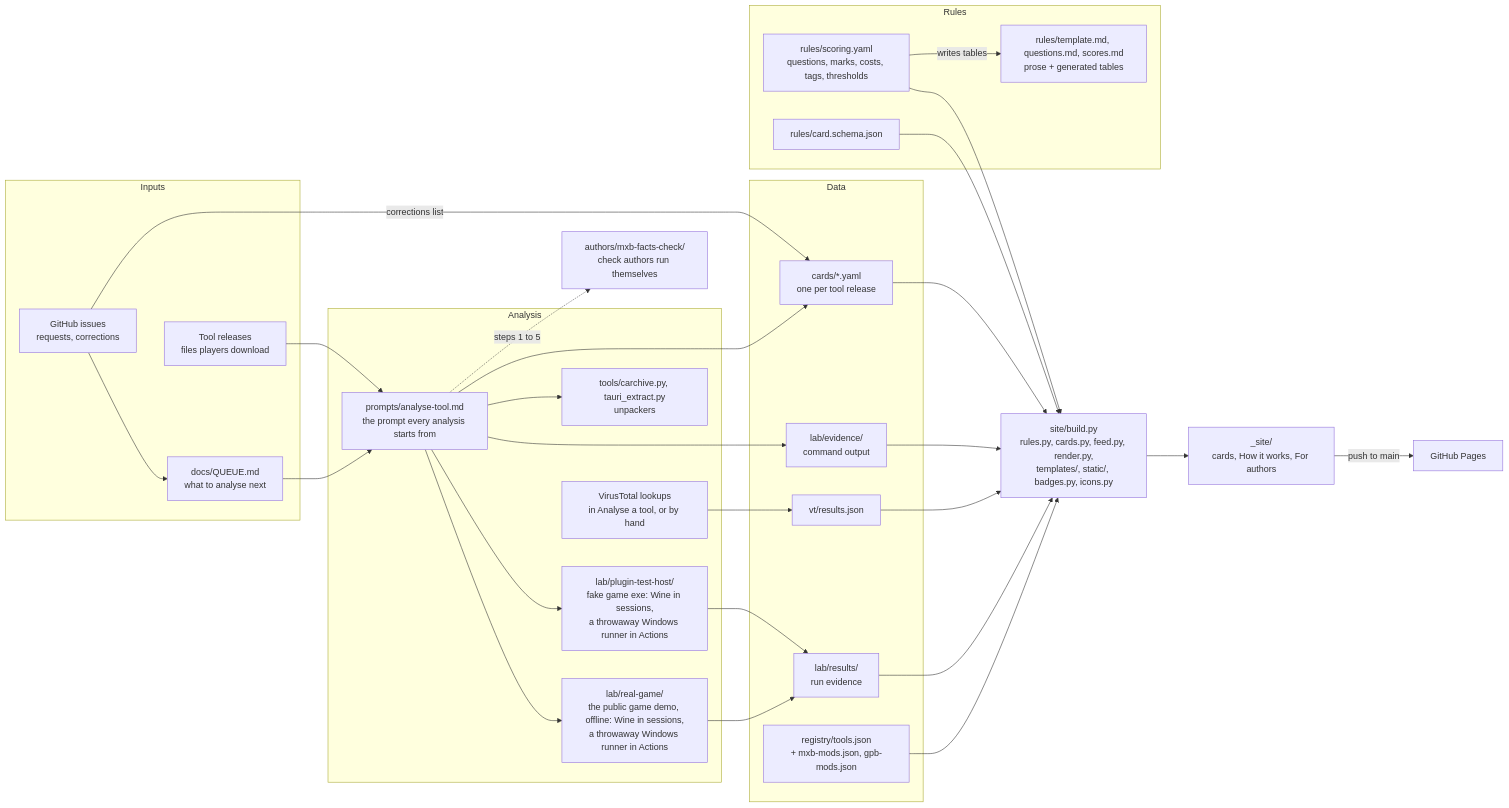
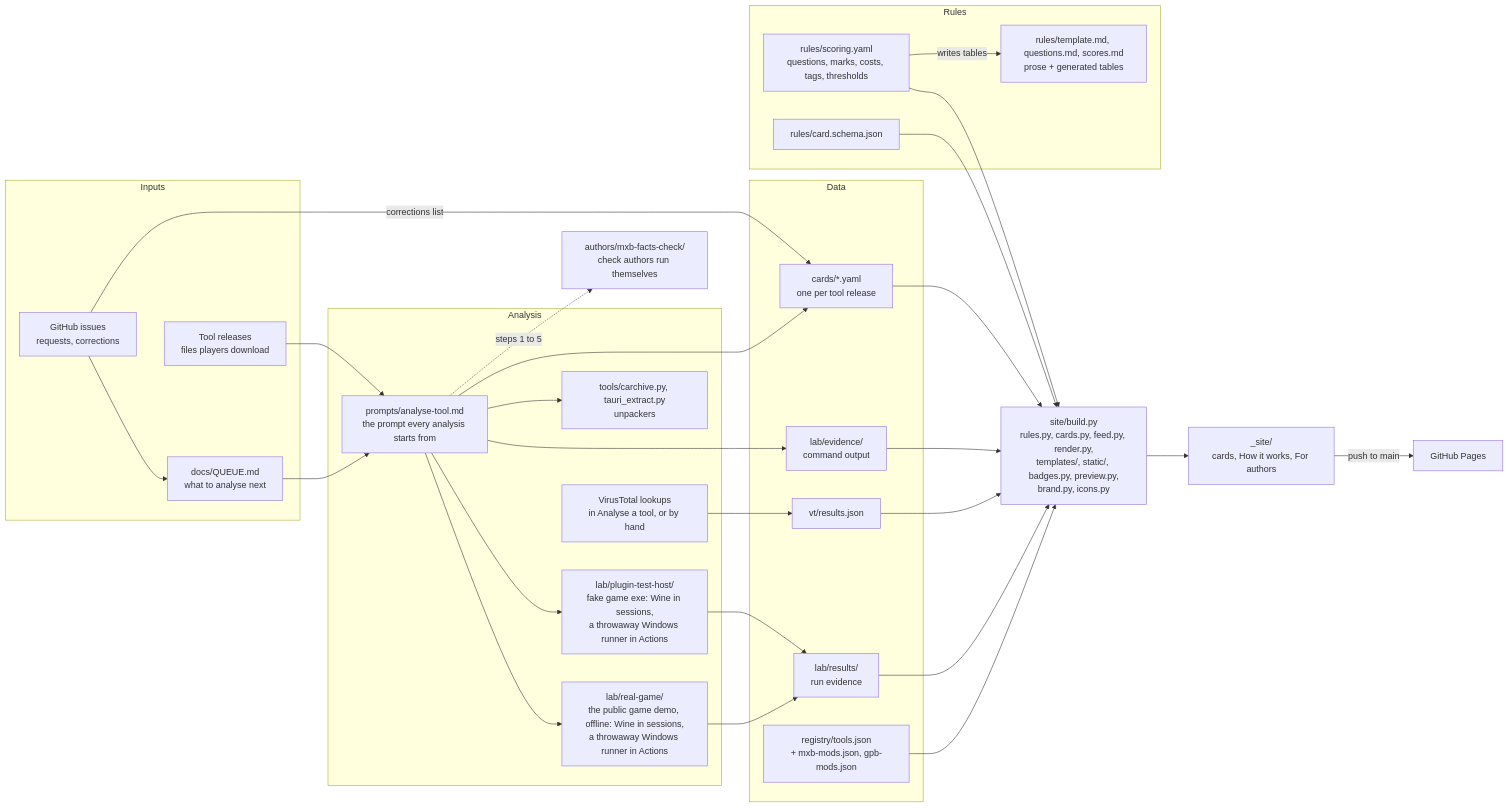
Before and after one commit to thomas4f/mxb-facts: the diagram in docs/DEVELOPING.md, drawn with Mermaid. The commit also changed other lines of this file and 13 other files, not shown here.

````diff
--- a/docs/DEVELOPING.md
+++ b/docs/DEVELOPING.md
@@ -7,55 +7,55 @@
 ```mermaid
 flowchart LR
   subgraph In["Inputs"]
     Q["docs/QUEUE.md<br/>what to analyse next"]
     I["GitHub issues<br/>requests, corrections"]
     R["Tool releases<br/>files players download"]
   end
 
   subgraph Analyse["Analysis"]
     P["prompts/analyse-tool.md<br/>the prompt every analysis starts from"]
     RG["lab/real-game/<br/>the public game demo, offline: Wine in sessions,<br/>a throwaway Windows runner in Actions"]
     L["lab/plugin-test-host/<br/>fake game exe: Wine in sessions,<br/>a throwaway Windows runner in Actions"]
     U["tools/carchive.py, tauri_extract.py<br/>unpackers"]
     VT["VirusTotal lookups<br/>in Analyse a tool, or by hand"]
   end
 
   subgraph Data["Data"]
     C["cards/*.yaml<br/>one per tool release"]
     LR["lab/results/<br/>run evidence"]
     EV["lab/evidence/<br/>command output"]
     V["vt/results.json"]
     REG["registry/tools.json<br/>+ mxb-mods.json, gpb-mods.json"]
   end
 
   subgraph Rules["Rules"]
     S["rules/scoring.yaml<br/>questions, marks, costs, tags, thresholds"]
     SC["rules/card.schema.json"]
     T["rules/template.md, questions.md, scores.md<br/>prose + generated tables"]
   end
 
-  B["site/build.py<br/>rules.py, cards.py, feed.py, render.py,<br/>templates/, static/, badges.py, icons.py"]
+  B["site/build.py<br/>rules.py, cards.py, feed.py, render.py,<br/>templates/, static/, badges.py, preview.py,<br/>brand.py, icons.py"]
   O["_site/<br/>cards, How it works, For authors"]
   GP["GitHub Pages"]
   A["authors/mxb-facts-check/<br/>check authors run themselves"]
 
   Q --> P
   I --> Q
   I -->|corrections list| C
   R --> P
   P --> RG --> LR
   P --> L --> LR
   P --> EV --> B
   P --> U
   P --> C
   VT --> V
   S --> B
   SC --> B
   S -->|writes tables| T
   C --> B
   LR --> B
   V --> B
   REG --> B
   B --> O -->|push to main| GP
   P -. steps 1 to 5 .-> A
 ```
````
